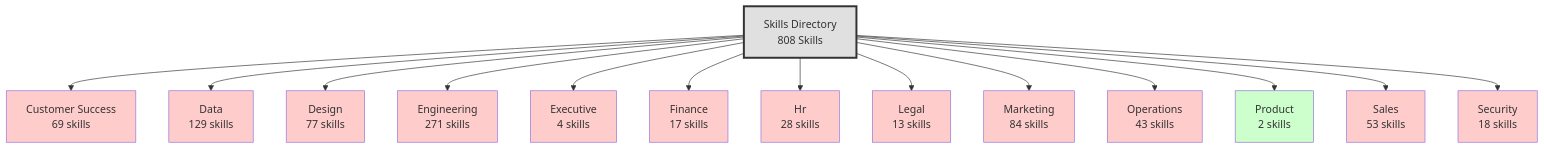
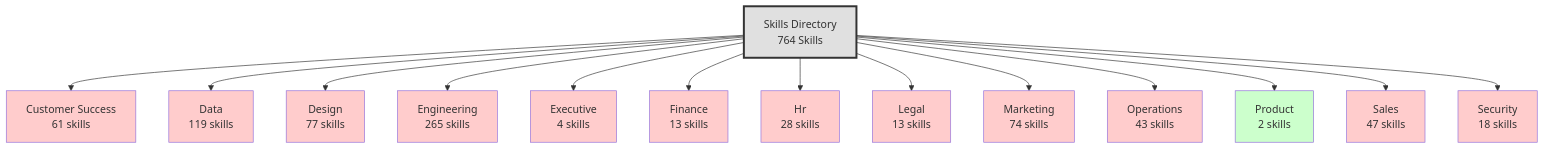
Before and after one commit to SkeneTechnologies/skene-cookbook: the first of 2 diagrams in docs/skill-tree.md, drawn with Mermaid. The commit also changed 16 other files, not shown here.

````diff
--- a/docs/skill-tree.md
+++ b/docs/skill-tree.md
@@ -5,33 +5,33 @@
 ```mermaid
 graph TD
-    Root[Skills Directory<br/>808 Skills]
+    Root[Skills Directory<br/>764 Skills]
 
-    Root --> customer_success[Customer Success<br/>69 skills]
+    Root --> customer_success[Customer Success<br/>61 skills]
     style customer_success fill:#ffcccc
-    Root --> data[Data<br/>129 skills]
+    Root --> data[Data<br/>119 skills]
     style data fill:#ffcccc
     Root --> design[Design<br/>77 skills]
     style design fill:#ffcccc
-    Root --> engineering[Engineering<br/>271 skills]
+    Root --> engineering[Engineering<br/>265 skills]
     style engineering fill:#ffcccc
     Root --> executive[Executive<br/>4 skills]
     style executive fill:#ffcccc
-    Root --> finance[Finance<br/>17 skills]
+    Root --> finance[Finance<br/>13 skills]
     style finance fill:#ffcccc
     Root --> hr[Hr<br/>28 skills]
     style hr fill:#ffcccc
     Root --> legal[Legal<br/>13 skills]
     style legal fill:#ffcccc
-    Root --> marketing[Marketing<br/>84 skills]
+    Root --> marketing[Marketing<br/>74 skills]
     style marketing fill:#ffcccc
     Root --> operations[Operations<br/>43 skills]
     style operations fill:#ffcccc
     Root --> product[Product<br/>2 skills]
     style product fill:#ccffcc
-    Root --> sales[Sales<br/>53 skills]
+    Root --> sales[Sales<br/>47 skills]
     style sales fill:#ffcccc
     Root --> security[Security<br/>18 skills]
     style security fill:#ffcccc
 
     style Root fill:#e0e0e0,stroke:#333,stroke-width:3px
 ```
````
